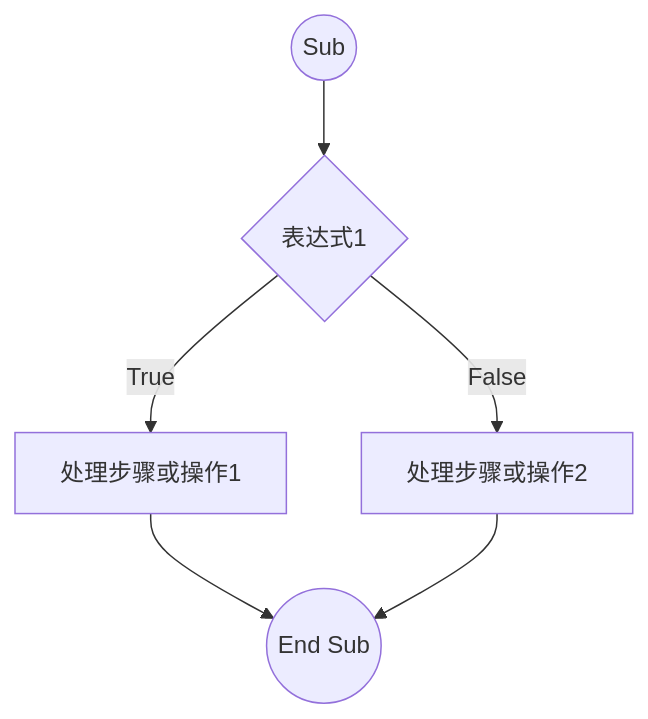
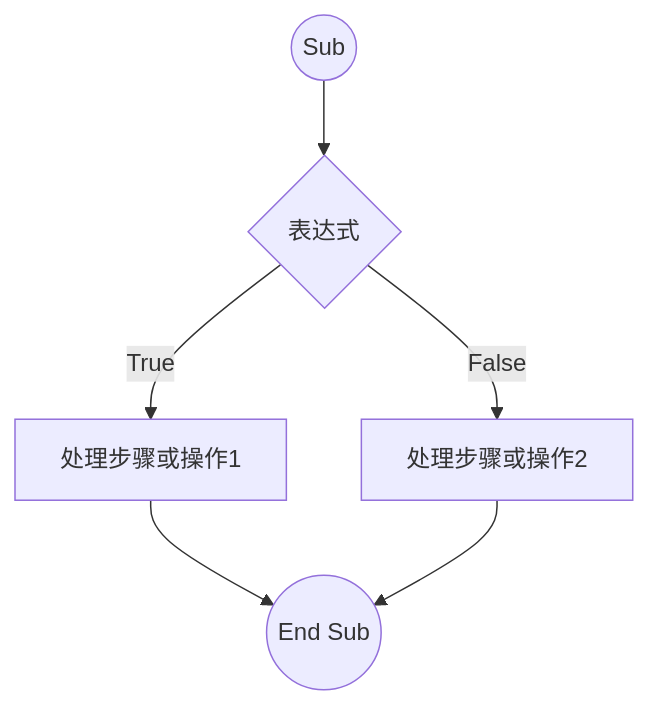
One commit to KennethLoop4/Slidev changed the third of 3 diagrams in 流程控制.md. Above: the diagram before and after it, drawn with Mermaid.

````diff
--- a/流程控制.md
+++ b/流程控制.md
@@ -154,10 +154,10 @@
 ```mermaid {theme: 'dark', scale: 0.9}
 
 flowchart TD
-  A((Sub)) --> B{表达式1}
+  A((Sub)) --> B{表达式}
   B -->|True| C[处理步骤或操作]
   B -->|False| C2[处理步骤或操作2]
   C[处理步骤或操作1] --> D((End Sub))
   C2[处理步骤或操作2] --> D((End Sub))
 
 ```
````
